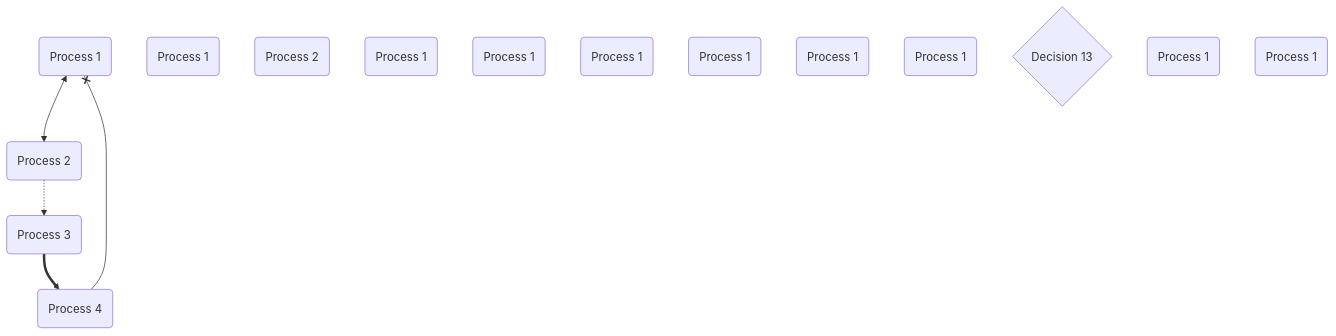
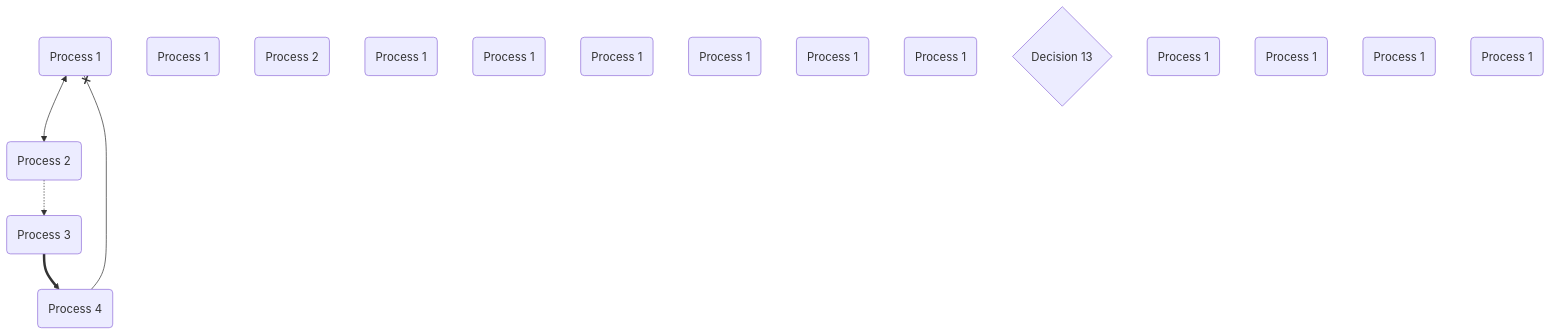
Before and after one commit to pingpm/mermaid_vault: the diagram in mmd/123_04d97162-0453-404a-a3b5-2b88ef3dc39f.mmd, drawn with Mermaid. The commit also changed 3 other files, not shown here.

Commit message:
Sync Mermaid Studio data (27 diagrams)

```diff
--- a/mmd/123_04d97162-0453-404a-a3b5-2b88ef3dc39f.mmd
+++ b/mmd/123_04d97162-0453-404a-a3b5-2b88ef3dc39f.mmd
@@ -1,20 +1,22 @@
 flowchart TD
   n_0("Process 1")
   n_1("Process 2")
   n_2("Process 3")
   n_3("Process 4")
   n_4("Process 1")
   n_5("Process 2")
   n_6("Process 1")
   n_7("Process 1")
   n_8("Process 1")
   n_9("Process 1")
   n_10("Process 1")
   n_11("Process 1")
   n_12{"Decision 13"}
   n_13("Process 1")
   n_14("Process 1")
+  n_15("Process 1")
+  n_16("Process 1")
   n_0 <--> n_1
   n_1 -.-> n_2
   n_2 ==> n_3
   n_3 --x n_0
```
